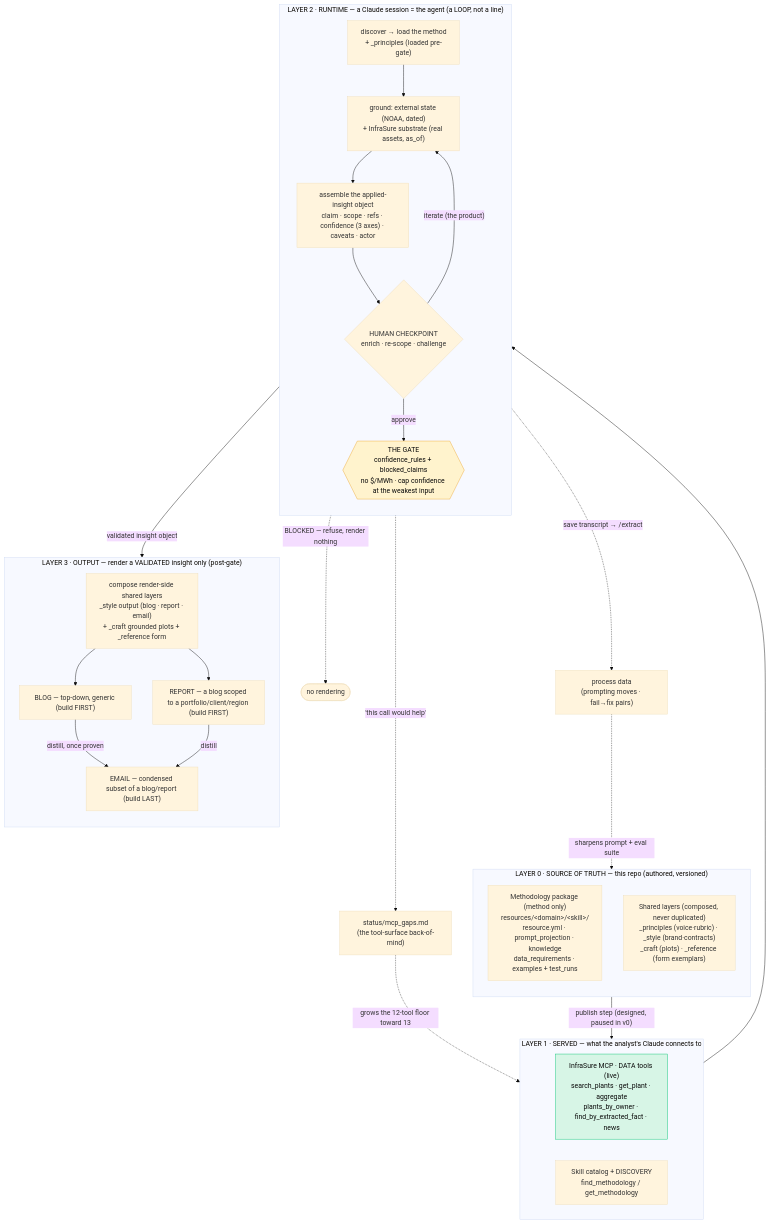
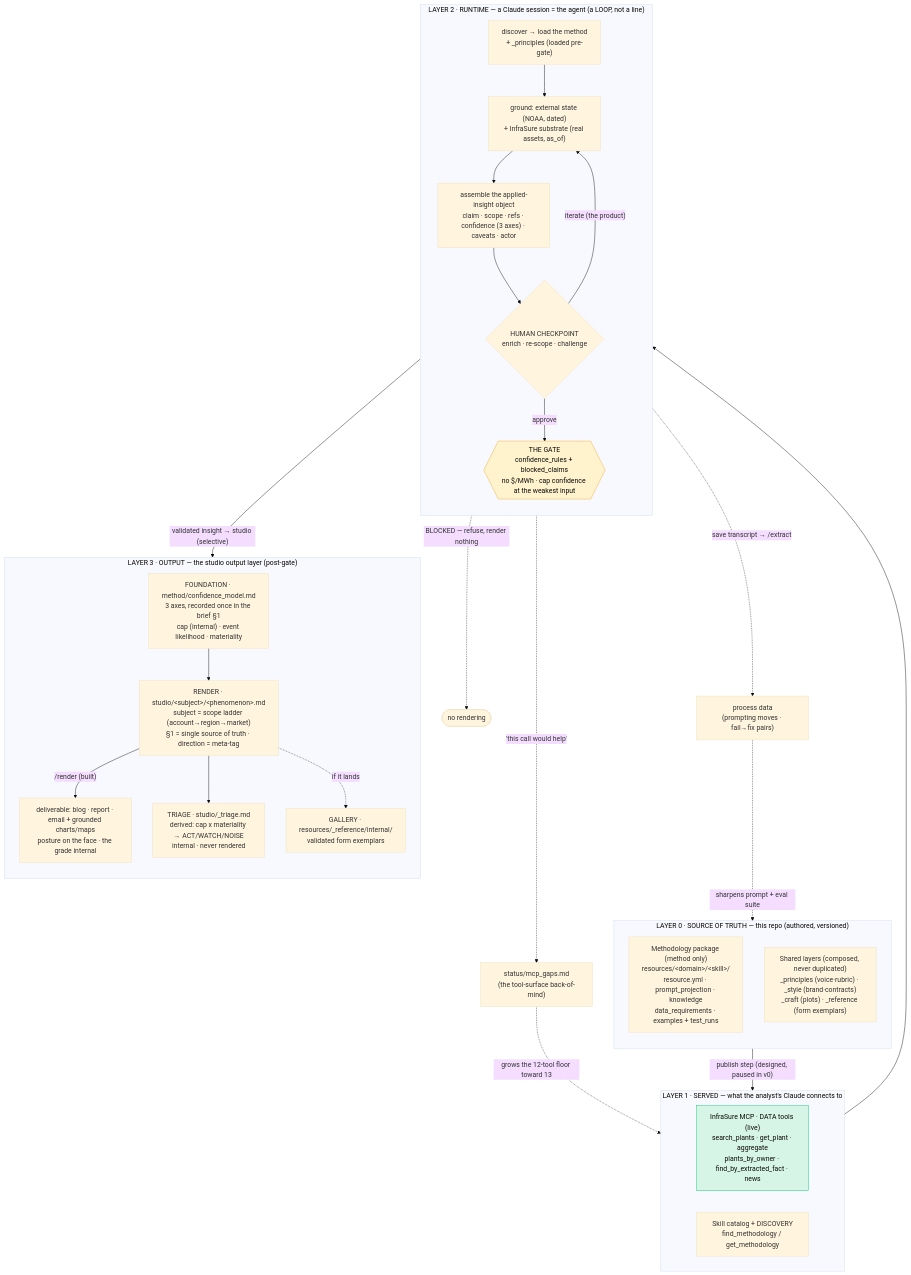
The diagram in docs/architecture.md (dg3-ui/insights_lab), drawn with Mermaid (base theme) before and after one commit. The commit also changed other lines of this file and 10 other files, not shown here.

First line of the commit message:
docs sync: front-door architecture/flow docs absorb the 2026-06-15 build

````diff
--- a/docs/architecture.md
+++ b/docs/architecture.md
@@ -40,57 +40,58 @@
 ```mermaid
 flowchart TD
     subgraph L0["LAYER 0 · SOURCE OF TRUTH — this repo (authored, versioned)"]
         direction TB
         PKG["Methodology package (method only)<br/>resources/&lt;domain&gt;/&lt;skill&gt;/<br/>resource.yml · prompt_projection · knowledge<br/>data_requirements · examples + test_runs"]
         SHARED["Shared layers (composed, never duplicated)<br/>_principles (voice·rubric) · _style (brand·contracts)<br/>_craft (plots) · _reference (form exemplars)"]
     end
 
     L0 -->|"publish step (designed, paused in v0)"| L1
 
     subgraph L1["LAYER 1 · SERVED — what the analyst's Claude connects to"]
         direction LR
         DATA["InfraSure MCP · DATA tools (live)<br/>search_plants · get_plant · aggregate<br/>plants_by_owner · find_by_extracted_fact · news"]
         CAT["Skill catalog + DISCOVERY<br/>find_methodology / get_methodology"]
     end
 
     L1 --> DISC
 
     subgraph L2["LAYER 2 · RUNTIME — a Claude session = the agent (a LOOP, not a line)"]
         direction TB
         DISC["discover → load the method<br/>+ _principles (loaded pre-gate)"]
         GND["ground: external state (NOAA, dated)<br/>+ InfraSure substrate (real assets, as_of)"]
         ASM["assemble the applied-insight object<br/>claim · scope · refs · confidence (3 axes) · caveats · actor"]
         HUMAN{"HUMAN CHECKPOINT<br/>enrich · re-scope · challenge"}
         GATE{{"THE GATE<br/>confidence_rules + blocked_claims<br/>no $/MWh · cap confidence at the weakest input"}}
         DISC --> GND --> ASM --> HUMAN
         HUMAN -->|"iterate (the product)"| GND
         HUMAN -->|approve| GATE
     end
 
     GATE -.->|"BLOCKED — refuse, render nothing"| STOP(["no rendering"])
-    GATE -->|"validated insight object"| STYLE
+    GATE -->|"validated insight → studio (selective)"| RENDER
 
-    subgraph L3["LAYER 3 · OUTPUT — render a VALIDATED insight only (post-gate)"]
+    subgraph L3["LAYER 3 · OUTPUT — the studio output layer (post-gate)"]
         direction TB
-        STYLE["compose render-side shared layers<br/>_style output (blog · report · email)<br/>+ _craft grounded plots + _reference form"]
-        BLOG["BLOG — top-down, generic (build FIRST)"]
-        REPORT["REPORT — a blog scoped to a portfolio/client/region (build FIRST)"]
-        EMAIL["EMAIL — condensed subset of a blog/report (build LAST)"]
-        STYLE --> BLOG
-        STYLE --> REPORT
-        BLOG -->|"distill, once proven"| EMAIL
-        REPORT -->|"distill"| EMAIL
+        CONF["FOUNDATION · method/confidence_model.md<br/>3 axes, recorded once in the brief §1<br/>cap (internal) · event likelihood · materiality"]
+        RENDER["RENDER · studio/&lt;subject&gt;/&lt;phenomenon&gt;.md<br/>subject = scope ladder (account→region→market)<br/>§1 = single source of truth · direction = meta-tag"]
+        TRIAGE["TRIAGE · studio/_triage.md<br/>derived: cap x materiality → ACT/WATCH/NOISE<br/>internal · never rendered"]
+        GALLERY["GALLERY · resources/_reference/internal/<br/>validated form exemplars"]
+        OUT["deliverable: blog · report · email + grounded charts/maps<br/>posture on the face · the grade internal"]
+        CONF --> RENDER
+        RENDER -->|"/render (built)"| OUT
+        RENDER --> TRIAGE
+        RENDER -.->|"if it lands"| GALLERY
     end
 
     PROC["process data<br/>(prompting moves · fail→fix pairs)"]
     GAPS["status/mcp_gaps.md<br/>(the tool-surface back-of-mind)"]
     L2 -.->|"save transcript → /extract"| PROC
     PROC -.->|"sharpens prompt + eval suite"| PKG
     L2 -.->|"'this call would help'"| GAPS
     GAPS -.->|"grows the 12-tool floor toward 13"| DATA
 
     classDef gate fill:#fff3cd,stroke:#efa831,color:#0a0a0a;
     classDef live fill:#d7f5e6,stroke:#00c470,color:#0a0a0a;
     class GATE gate;
     class DATA live;
 ```
````
